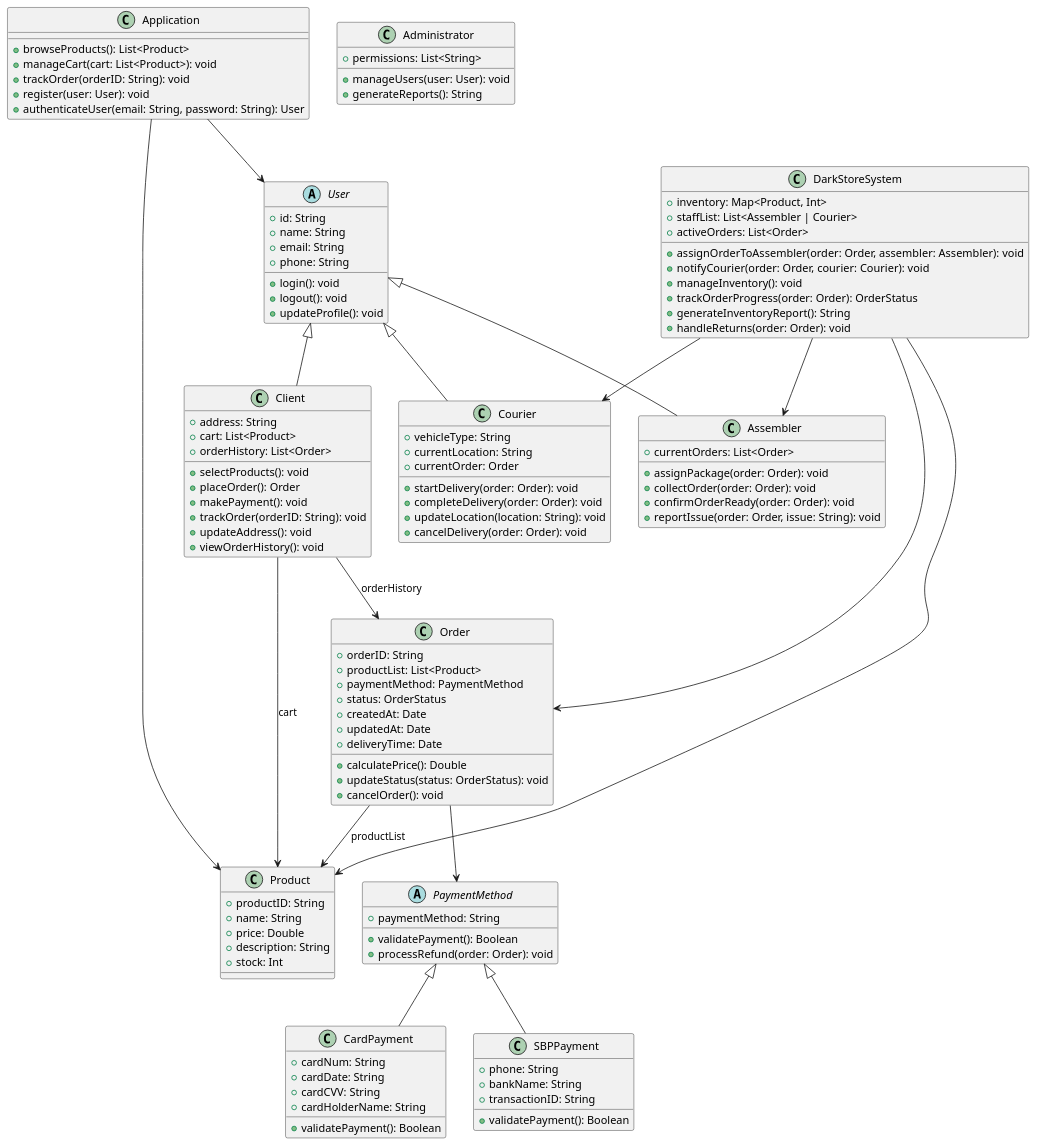
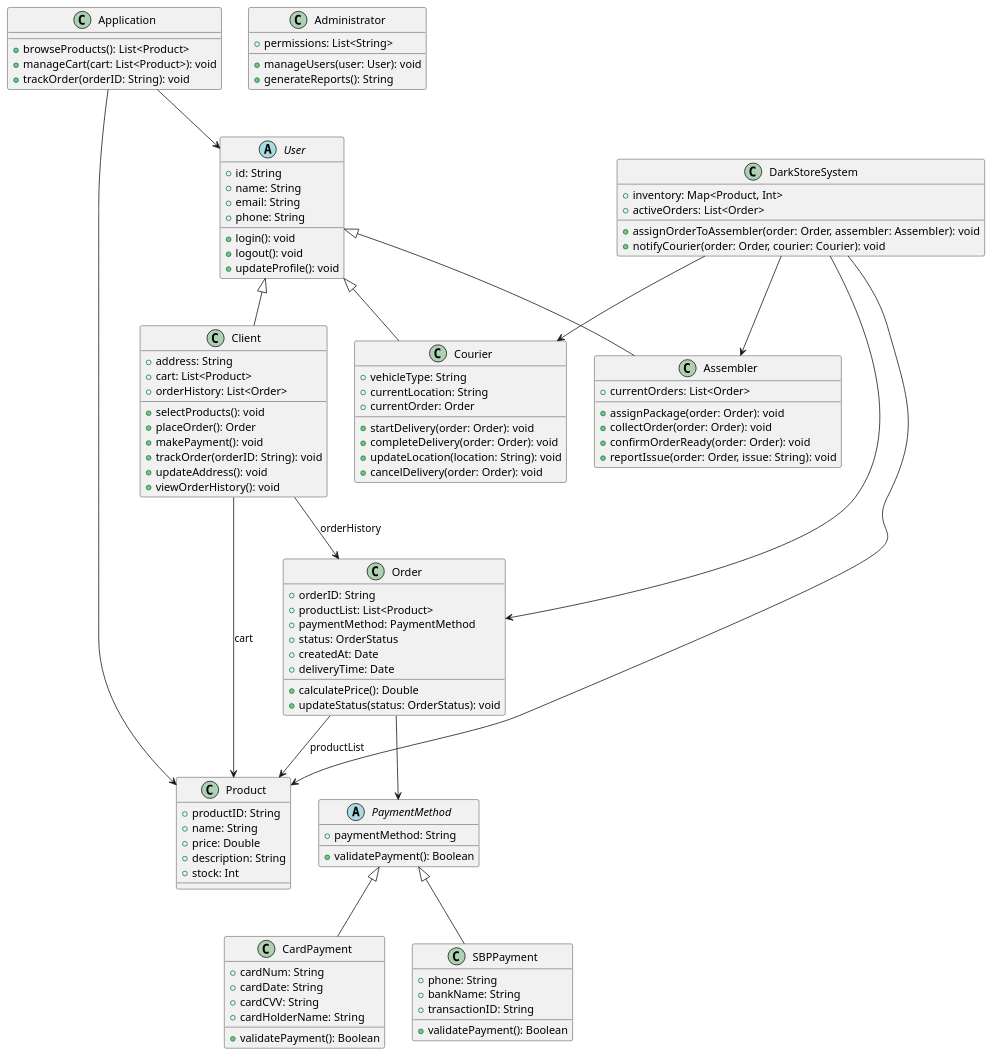
Before and after one commit to monforje/uml-ex: the diagram in src/UML.puml, drawn with PlantUML.

Commit message:
create cpp ref

```diff
--- a/src/UML.puml
+++ b/src/UML.puml
@@ -1,126 +1,116 @@
 @startuml UML
 abstract class User {
     +id: String
     +name: String
     +email: String
     +phone: String
     +login(): void
     +logout(): void
     +updateProfile(): void
 }
 
 class Client {
     +address: String
     +cart: List<Product>
     +orderHistory: List<Order>
     +selectProducts(): void
     +placeOrder(): Order
     +makePayment(): void
     +trackOrder(orderID: String): void
     +updateAddress(): void
     +viewOrderHistory(): void
 }
 
 class Assembler {
     +currentOrders: List<Order>
     +assignPackage(order: Order): void
     +collectOrder(order: Order): void
     +confirmOrderReady(order: Order): void
     +reportIssue(order: Order, issue: String): void
 }
 
 class Courier {
     +vehicleType: String
     +currentLocation: String
     +currentOrder: Order
     +startDelivery(order: Order): void
     +completeDelivery(order: Order): void
     +updateLocation(location: String): void
     +cancelDelivery(order: Order): void
 }
 
 abstract class PaymentMethod {
     +paymentMethod: String
     +validatePayment(): Boolean
-    +processRefund(order: Order): void
 }
 
 class CardPayment {
     +cardNum: String
     +cardDate: String
     +cardCVV: String
     +cardHolderName: String
     +validatePayment(): Boolean
 }
 
 class SBPPayment {
     +phone: String
     +bankName: String
     +transactionID: String
     +validatePayment(): Boolean
 }
 
 class Order {
     +orderID: String
     +productList: List<Product>
     +paymentMethod: PaymentMethod
     +status: OrderStatus
     +createdAt: Date
-    +updatedAt: Date
     +deliveryTime: Date
     +calculatePrice(): Double
     +updateStatus(status: OrderStatus): void
-    +cancelOrder(): void
 }
 
 class Product {
     +productID: String
     +name: String
     +price: Double
     +description: String
     +stock: Int
 }
 
 class Application {
     +browseProducts(): List<Product>
     +manageCart(cart: List<Product>): void
     +trackOrder(orderID: String): void
-    +register(user: User): void
-    +authenticateUser(email: String, password: String): User
 }
 
 class DarkStoreSystem {
     +inventory: Map<Product, Int>
-    +staffList: List<Assembler | Courier>
     +activeOrders: List<Order>
     +assignOrderToAssembler(order: Order, assembler: Assembler): void
     +notifyCourier(order: Order, courier: Courier): void
-    +manageInventory(): void
-    +trackOrderProgress(order: Order): OrderStatus
-    +generateInventoryReport(): String
-    +handleReturns(order: Order): void
 }
 
 class Administrator {
     +permissions: List<String>
     +manageUsers(user: User): void
     +generateReports(): String
 }
 
 User <|-- Client
 User <|-- Assembler
 User <|-- Courier
 PaymentMethod <|-- CardPayment
 PaymentMethod <|-- SBPPayment
 
 Client --> Product : cart
 Client --> Order : orderHistory
 Order --> Product : productList
 Order --> PaymentMethod
 Application --> Product
 Application --> User
 DarkStoreSystem --> Product
 DarkStoreSystem --> Assembler
 DarkStoreSystem --> Courier
 DarkStoreSystem --> Order
 @enduml
```
